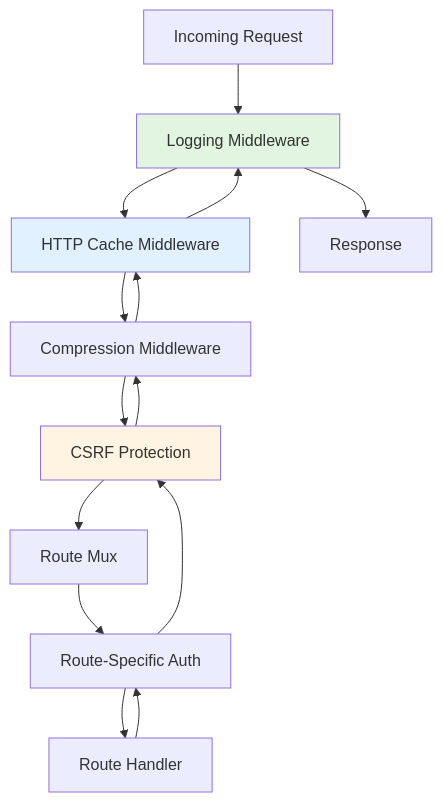
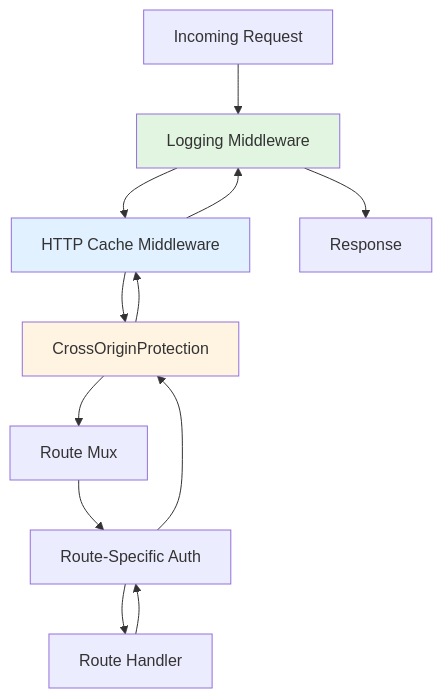
One commit to lbe/sfpg-go changed the sixth of 20 diagrams in docs/ARCHITECTURE.md. Above: the diagram before and after it, drawn with Mermaid. The commit also changed other lines of this file and 247 other files, not shown here.

````diff
--- a/docs/ARCHITECTURE.md
+++ b/docs/ARCHITECTURE.md
@@ -470,20 +477,18 @@
 ```mermaid
 graph TB
     Request[Incoming Request] --> LogMW[Logging Middleware]
     LogMW --> CacheMW[HTTP Cache Middleware]
-    CacheMW --> CompressMW[Compression Middleware]
-    CompressMW --> CSRFMW[CSRF Protection]
-    CSRFMW --> Mux[Route Mux]
+    CacheMW --> COPMW[CrossOriginProtection]
+    COPMW --> Mux[Route Mux]
     Mux --> AuthMW[Route-Specific Auth]
     AuthMW --> Handler[Route Handler]
     Handler --> AuthMW
-    AuthMW --> CSRFMW
-    CSRFMW --> CompressMW
-    CompressMW --> CacheMW
+    AuthMW --> COPMW
+    COPMW --> CacheMW
     CacheMW --> LogMW
     LogMW --> Response[Response]
 
     style LogMW fill:#e1f5e1
     style CacheMW fill:#e1f1ff
-    style CSRFMW fill:#fff4e1
+    style COPMW fill:#fff4e1
 ```
````
